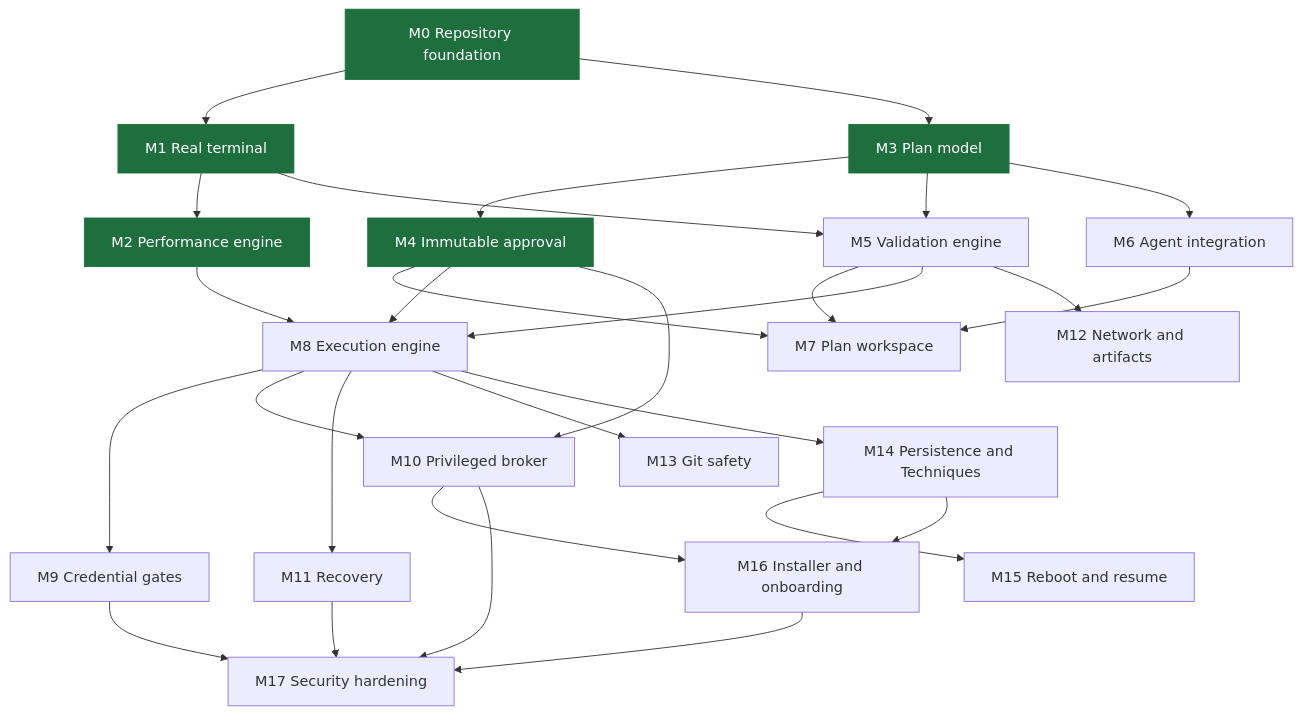
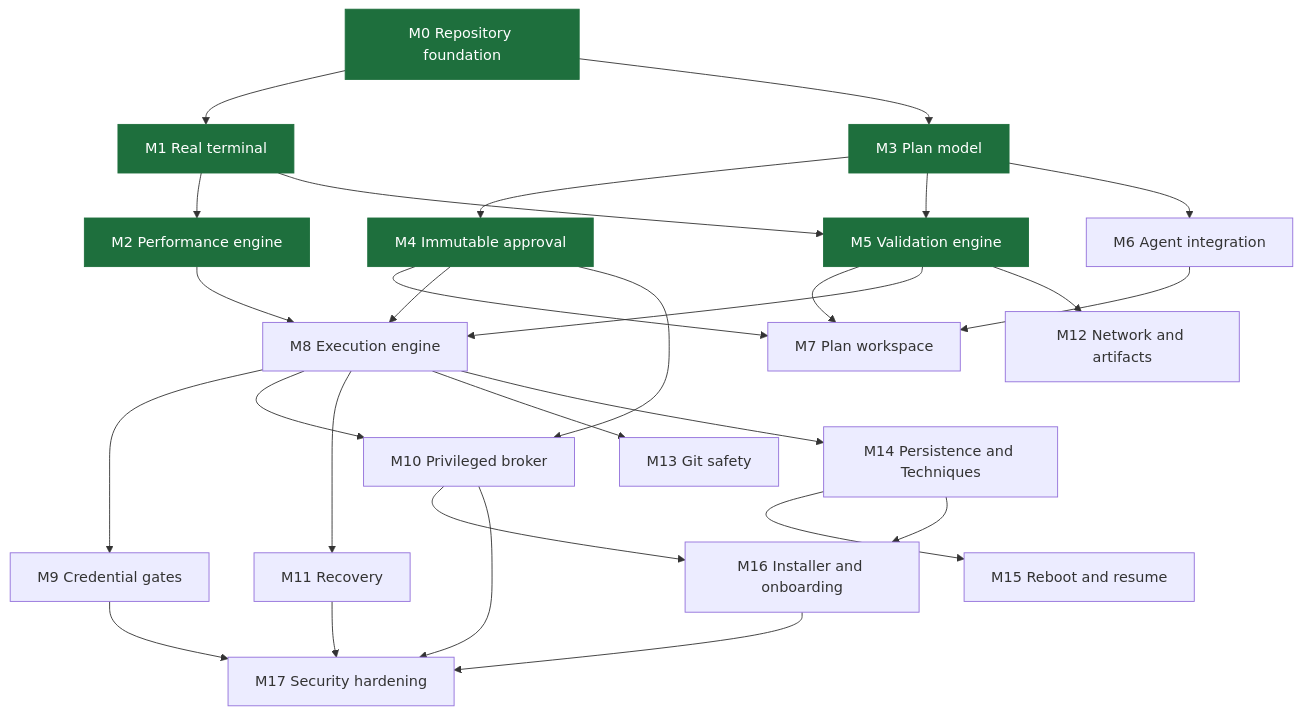
The diagram in docs/architecture/dependency-graph.md (TheCodeSaiyan/keyjutsu), drawn with Mermaid before and after one commit. The commit also changed other lines of this file and 28 other files, not shown here.

````diff
--- a/docs/architecture/dependency-graph.md
+++ b/docs/architecture/dependency-graph.md
@@ -8,33 +8,33 @@
 ```mermaid
 flowchart TD
     M0[M0 Repository foundation] --> M1[M1 Real terminal]
     M1 --> M2[M2 Performance engine]
     M0 --> M3[M3 Plan model]
     M3 --> M4[M4 Immutable approval]
     M3 --> M5[M5 Validation engine]
     M1 --> M5
     M3 --> M6[M6 Agent integration]
     M4 --> M7[M7 Plan workspace]
     M5 --> M7
     M6 --> M7
     M2 --> M8[M8 Execution engine]
     M4 --> M8
     M5 --> M8
     M8 --> M9[M9 Credential gates]
     M8 --> M10[M10 Privileged broker]
     M4 --> M10
     M8 --> M11[M11 Recovery]
     M5 --> M12[M12 Network and artifacts]
     M8 --> M13[M13 Git safety]
     M8 --> M14[M14 Persistence and Techniques]
     M14 --> M15[M15 Reboot and resume]
     M10 --> M16[M16 Installer and onboarding]
     M14 --> M16
     M9 --> M17[M17 Security hardening]
     M10 --> M17
     M11 --> M17
     M16 --> M17
 
     classDef done fill:#1e6f3d,color:#fff,stroke:#1e6f3d
-    class M0,M1,M2,M3,M4 done
+    class M0,M1,M2,M3,M4,M5 done
 ```
````
